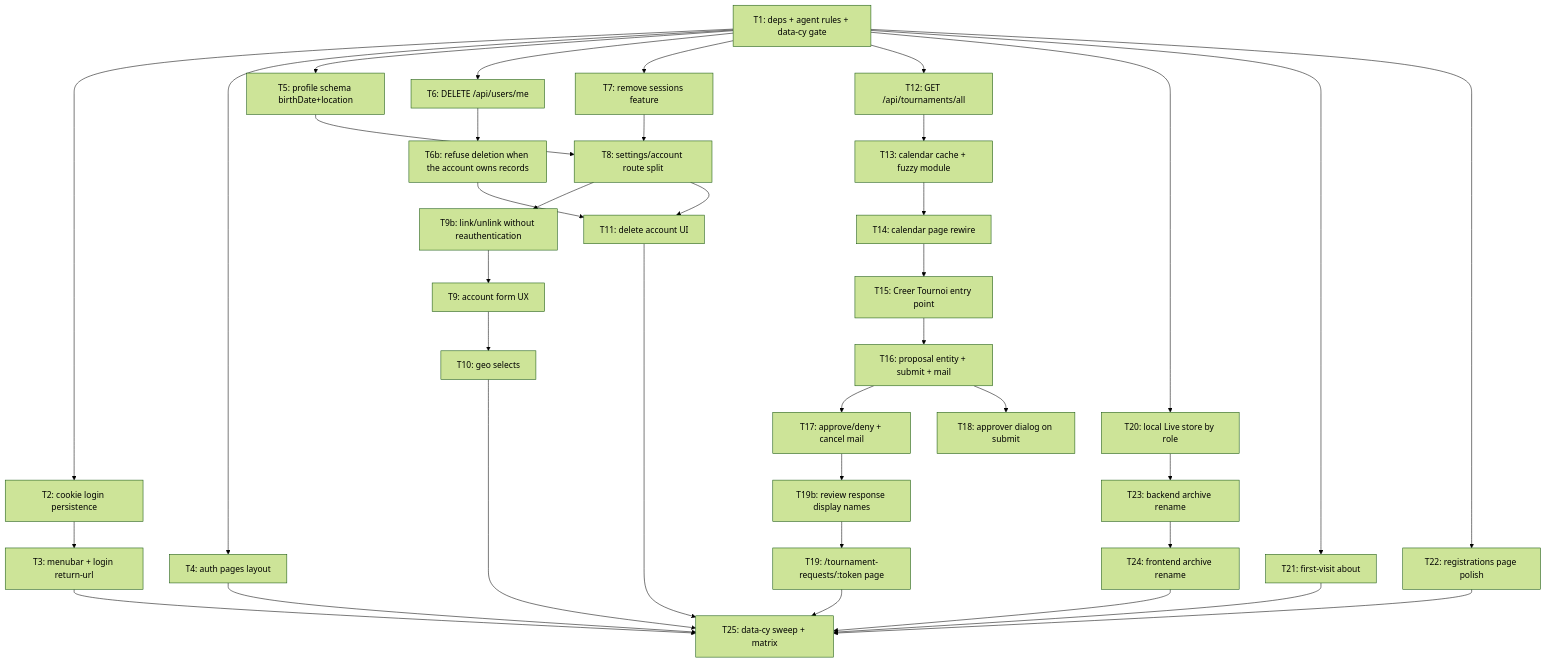
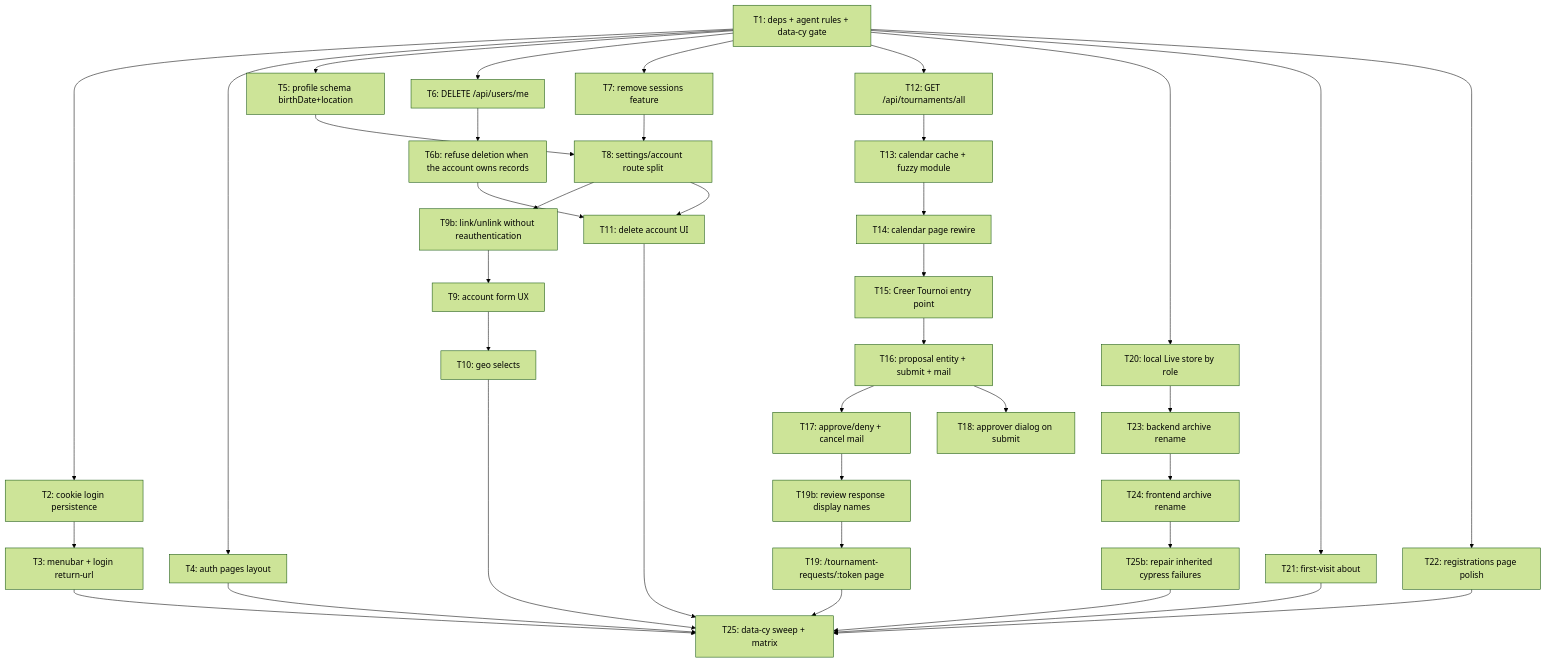
Before and after one commit to AronGomu/gones: the diagram in ai-artifacts/PLAN_2026_08_08_feedback-calendar-v1.md, drawn with Mermaid (forest theme). The commit also changed other lines of this file and 2 other files, not shown here.

First line of the commit message:
chore(plan): add T25b for the five inherited Cypress failures

````diff
--- a/ai-artifacts/PLAN_2026_08_08_feedback-calendar-v1.md
+++ b/ai-artifacts/PLAN_2026_08_08_feedback-calendar-v1.md
@@ -72,39 +72,40 @@
 ```mermaid
 flowchart TD
   T1[T1: deps + agent rules + data-cy gate] --> T2[T2: cookie login persistence]
   T1 --> T4[T4: auth pages layout]
   T2 --> T3[T3: menubar + login return-url]
   T1 --> T5[T5: profile schema birthDate+location]
   T1 --> T6[T6: DELETE /api/users/me]
   T6 --> T6b[T6b: refuse deletion when the account owns records]
   T1 --> T7[T7: remove sessions feature]
   T5 --> T8[T8: settings/account route split]
   T7 --> T8
   T8 --> T9b[T9b: link/unlink without reauthentication]
   T9b --> T9[T9: account form UX]
   T9 --> T10[T10: geo selects]
   T6b --> T11[T11: delete account UI]
   T8 --> T11
   T1 --> T12[T12: GET /api/tournaments/all]
   T12 --> T13[T13: calendar cache + fuzzy module]
   T13 --> T14[T14: calendar page rewire]
   T14 --> T15[T15: Creer Tournoi entry point]
   T15 --> T16[T16: proposal entity + submit + mail]
   T16 --> T17[T17: approve/deny + cancel mail]
   T16 --> T18[T18: approver dialog on submit]
   T17 --> T19b[T19b: review response display names]
   T19b --> T19[T19: /tournament-requests/:token page]
   T1 --> T20[T20: local Live store by role]
   T1 --> T21[T21: first-visit about]
   T1 --> T22[T22: registrations page polish]
   T20 --> T23[T23: backend archive rename]
   T23 --> T24[T24: frontend archive rename]
-  T24 --> T25[T25: data-cy sweep + matrix]
+  T24 --> T25b[T25b: repair inherited cypress failures]
+  T25b --> T25[T25: data-cy sweep + matrix]
   T10 --> T25
   T11 --> T25
   T19 --> T25
   T21 --> T25
   T22 --> T25
   T3 --> T25
   T4 --> T25
 ```
````
